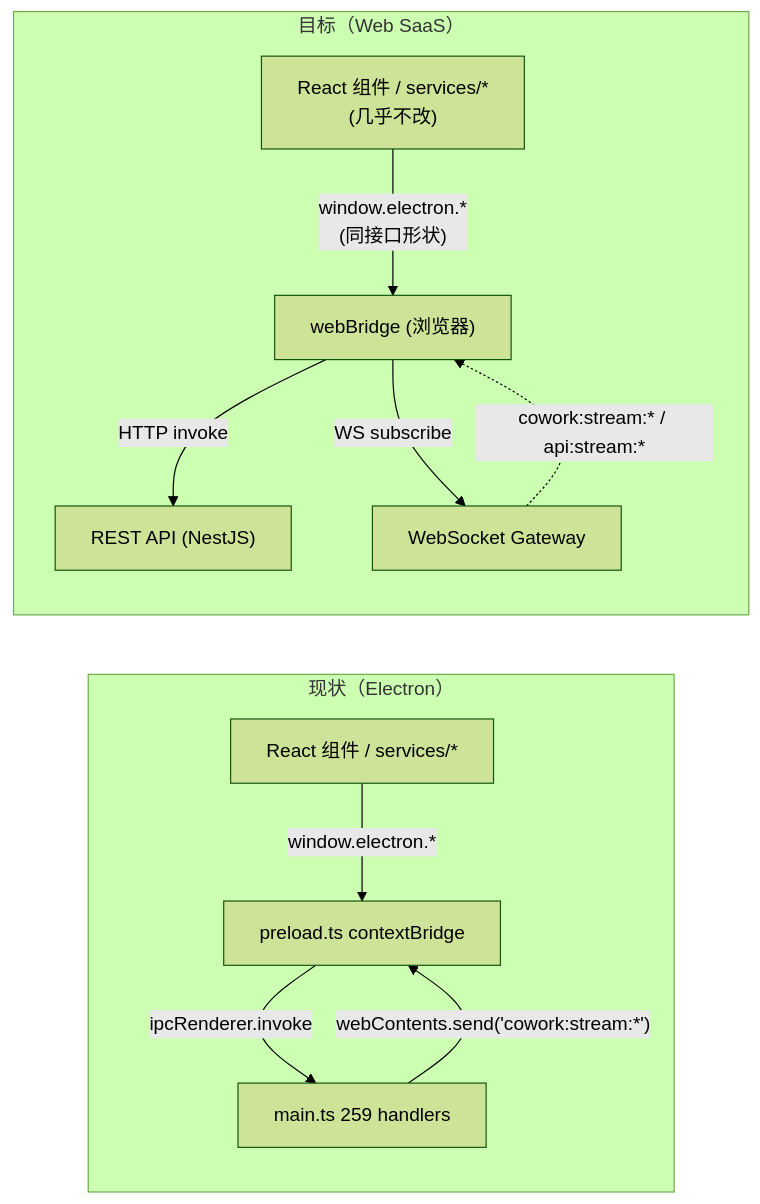
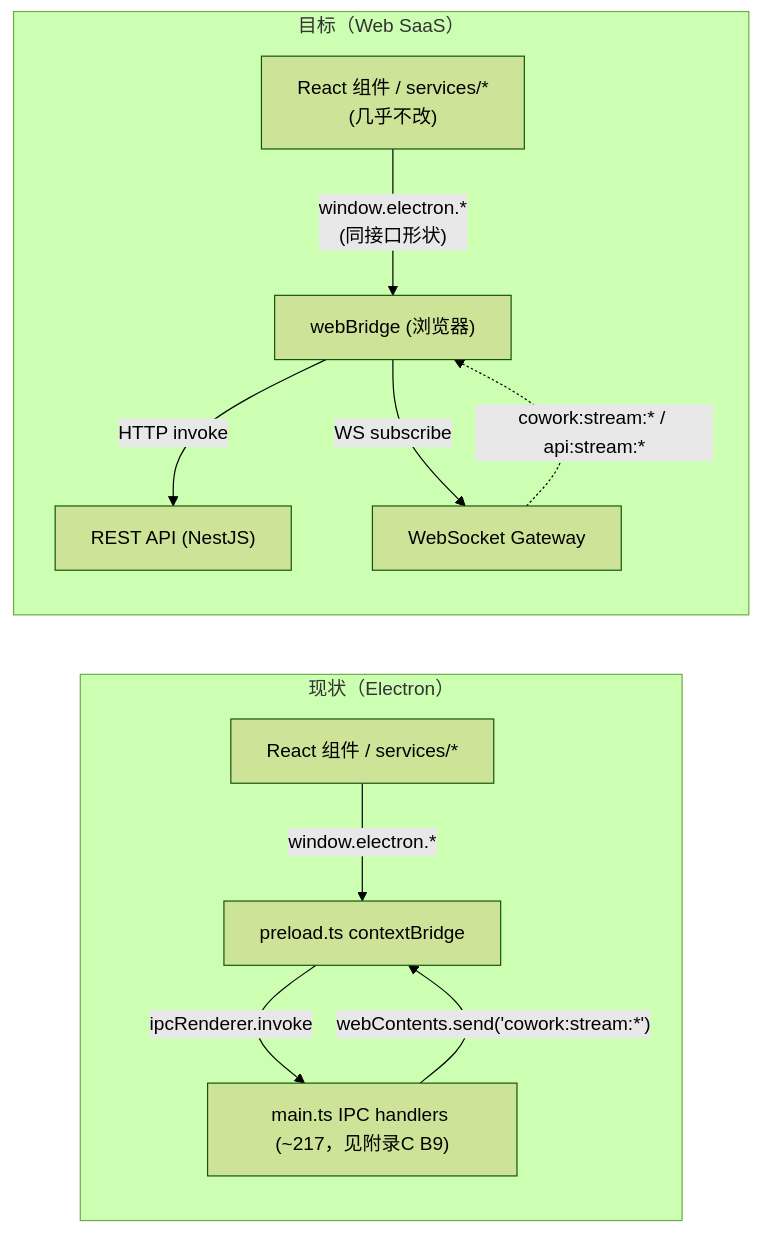
Before and after one commit to edward-ng-duke/LobsterAI: the first of 6 diagrams in 改造计划/03-前端与传输层改造.md, drawn with Mermaid (forest theme). The commit also changed other lines of this file and 22 other files, not shown here.

````diff
--- a/改造计划/03-前端与传输层改造.md
+++ b/改造计划/03-前端与传输层改造.md
@@ -15,15 +15,15 @@
 ```mermaid
 flowchart LR
   subgraph 现状["现状（Electron）"]
     RC1["React 组件 / services/*"] -->|"window.electron.*"| PL["preload.ts contextBridge"]
-    PL -->|"ipcRenderer.invoke"| MAIN["main.ts 259 handlers"]
+    PL -->|"ipcRenderer.invoke"| MAIN["main.ts IPC handlers (~217，见附录C B9)"]
     MAIN -->|"webContents.send('cowork:stream:*')"| PL
   end
 
   subgraph 目标["目标（Web SaaS）"]
     RC2["React 组件 / services/*<br/>(几乎不改)"] -->|"window.electron.*<br/>(同接口形状)"| WB["webBridge (浏览器)"]
     WB -->|"HTTP invoke"| API["REST API (NestJS)"]
     WB -->|"WS subscribe"| WS["WebSocket Gateway"]
     WS -.->|"cowork:stream:* / api:stream:*"| WB
   end
 ```
````
